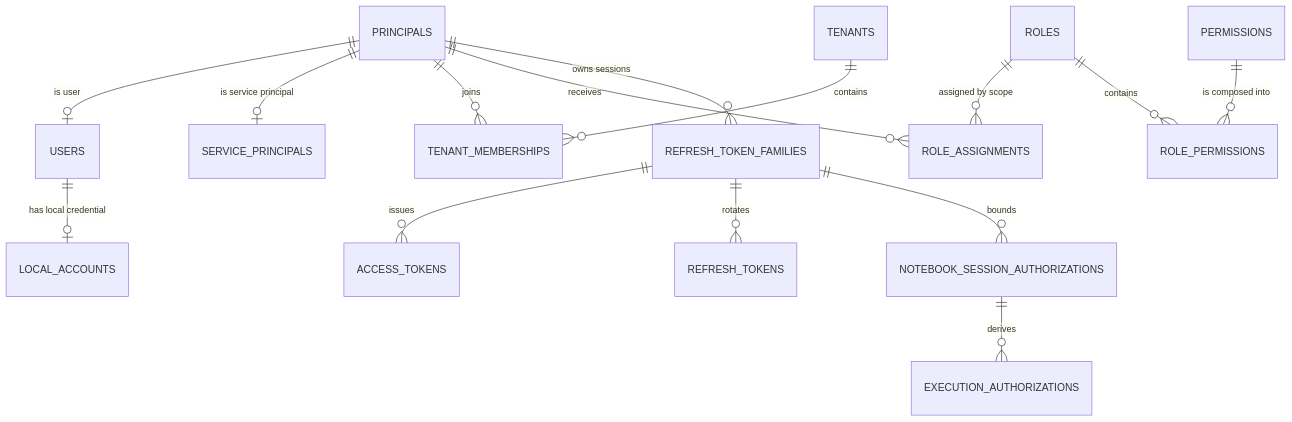
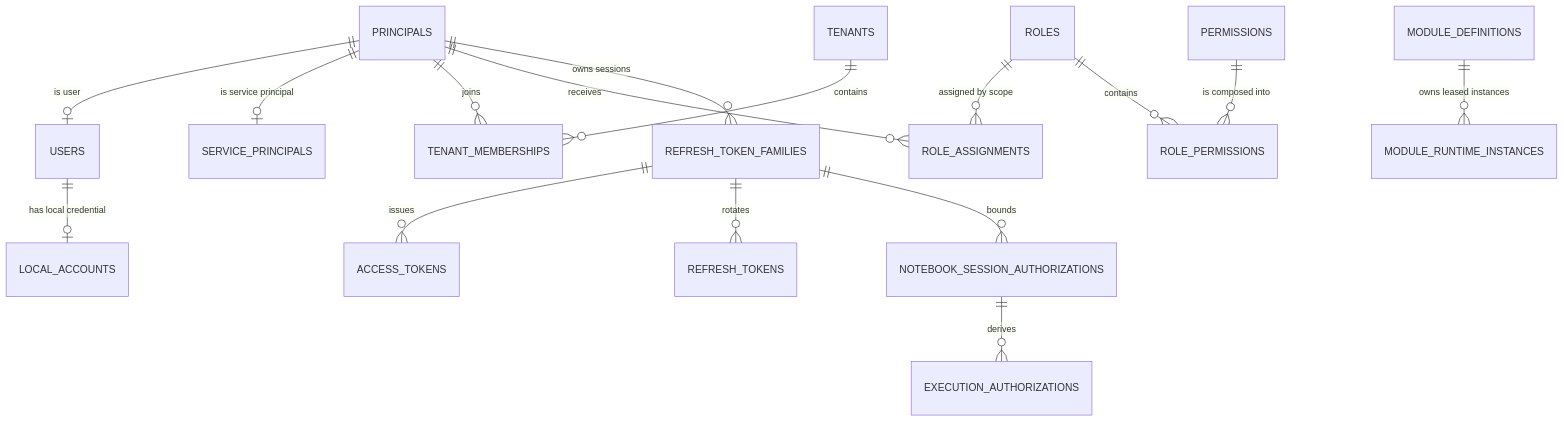
The first of 2 diagrams in system/docs/数据库架构.md (pampa0629/addp), drawn with Mermaid before and after one commit. The commit also changed other lines of this file and 145 other files, not shown here.

````diff
--- a/system/docs/数据库架构.md
+++ b/system/docs/数据库架构.md
@@ -31,17 +32,18 @@
 ```mermaid
 erDiagram
     PRINCIPALS ||--o| USERS : "is user"
     PRINCIPALS ||--o| SERVICE_PRINCIPALS : "is service principal"
     USERS ||--o| LOCAL_ACCOUNTS : "has local credential"
     PRINCIPALS ||--o{ TENANT_MEMBERSHIPS : "joins"
     TENANTS ||--o{ TENANT_MEMBERSHIPS : "contains"
     PRINCIPALS ||--o{ ROLE_ASSIGNMENTS : "receives"
     ROLES ||--o{ ROLE_ASSIGNMENTS : "assigned by scope"
     ROLES ||--o{ ROLE_PERMISSIONS : "contains"
     PERMISSIONS ||--o{ ROLE_PERMISSIONS : "is composed into"
     PRINCIPALS ||--o{ REFRESH_TOKEN_FAMILIES : "owns sessions"
     REFRESH_TOKEN_FAMILIES ||--o{ ACCESS_TOKENS : "issues"
     REFRESH_TOKEN_FAMILIES ||--o{ REFRESH_TOKENS : "rotates"
     REFRESH_TOKEN_FAMILIES ||--o{ NOTEBOOK_SESSION_AUTHORIZATIONS : "bounds"
     NOTEBOOK_SESSION_AUTHORIZATIONS ||--o{ EXECUTION_AUTHORIZATIONS : "derives"
+    MODULE_DEFINITIONS ||--o{ MODULE_RUNTIME_INSTANCES : "owns leased instances"
 ```
````
